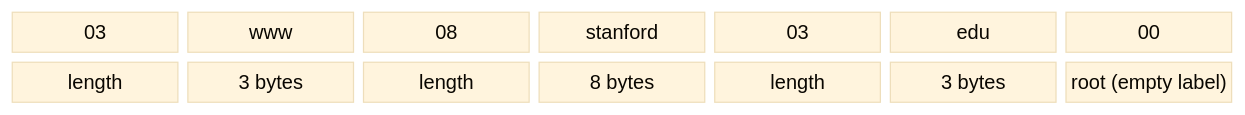
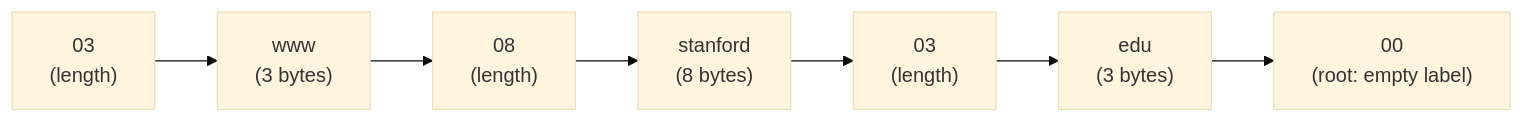
One commit to FahimMashroor/Chalmers_CSC changed diagram 16 of 41 in EDA387-Computer-Networks/02-DNS.md. Above: the diagram before and after it, drawn with Mermaid (base theme). The commit also changed other lines of this file, not shown here.

Commit message:
Rewrite 02 DNS in simple language with examples and diagrams

````diff
--- a/EDA387-Computer-Networks/02-DNS.md
+++ b/EDA387-Computer-Networks/02-DNS.md
@@ -549,6 +726,4 @@
 ```mermaid
-block-beta
-  columns 7
-  l1["03"] w["www"] l2["08"] s["stanford"] l3["03"] e["edu"] z["00"]
-  d1["length"] d2["3 bytes"] d3["length"] d4["8 bytes"] d5["length"] d6["3 bytes"] d7["root (empty label)"]
+flowchart LR
+    a["03<br/>(length)"] --> b["www<br/>(3 bytes)"] --> c["08<br/>(length)"] --> d["stanford<br/>(8 bytes)"] --> e["03<br/>(length)"] --> f["edu<br/>(3 bytes)"] --> g["00<br/>(root: empty label)"]
 ```
````
